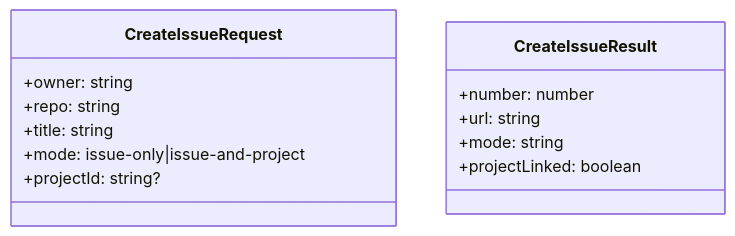
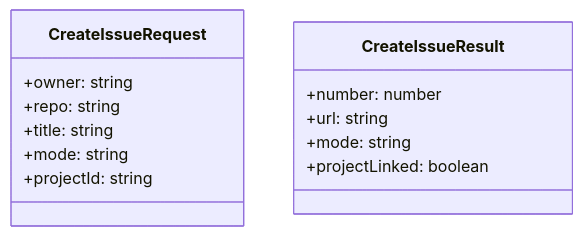
Before and after one commit to thebenVar/scrummer: the third of 3 diagrams in .local/features/github-create-issue-from-worktrack.md, drawn with Mermaid. The commit also changed other lines of this file and 12 other files, not shown here.

````diff
--- a/.local/features/github-create-issue-from-worktrack.md
+++ b/.local/features/github-create-issue-from-worktrack.md
@@ -54,16 +54,16 @@
 ```mermaid
 classDiagram
   class CreateIssueRequest {
     +owner: string
     +repo: string
     +title: string
-    +mode: issue-only|issue-and-project
-    +projectId: string?
+    +mode: string
+    +projectId: string
   }
   class CreateIssueResult {
     +number: number
     +url: string
     +mode: string
     +projectLinked: boolean
   }
 ```
````
